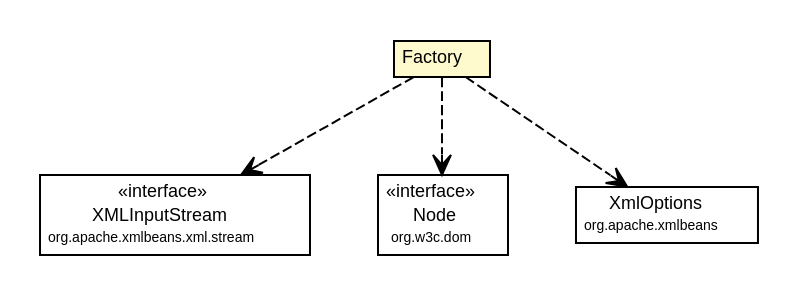
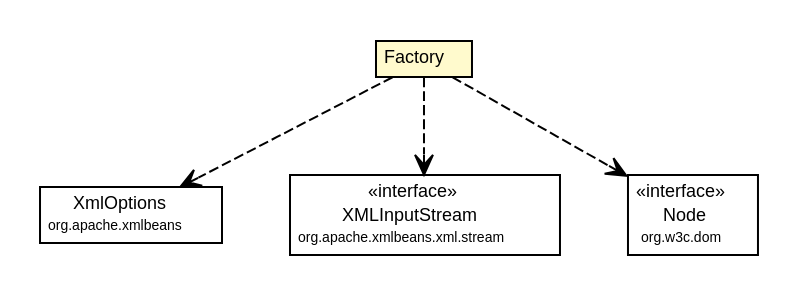
One commit to synchronoss/cpo-api changed the diagram in site/apidocs/org/synchronoss/cpo/cassandra/cpoCassandraMeta/CtCassandraAttribute.Factory.dot. Above: the diagram before and after it, drawn with Graphviz. The commit also changed 884 other files, not shown here.

```diff
--- a/site/apidocs/org/synchronoss/cpo/cassandra/cpoCassandraMeta/CtCassandraAttribute.Factory.dot
+++ b/site/apidocs/org/synchronoss/cpo/cassandra/cpoCassandraMeta/CtCassandraAttribute.Factory.dot
@@ -1,45 +1,45 @@
 #!/usr/local/bin/dot
 #
 # Class diagram 
 # Generated by UmlGraph version 4.6 (http://www.spinellis.gr/sw/umlgraph)
 #
 
 digraph G {
 	edge [fontname="Helvetica",fontsize=10,labelfontname="Helvetica",labelfontsize=10];
 	node [fontname="Helvetica",fontsize=10,shape=plaintext];
 	// org.synchronoss.cpo.cassandra.cpoCassandraMeta.CtCassandraAttribute.Factory
 	c49714 [label=<<table border="0" cellborder="1" cellspacing="0" cellpadding="2" port="p" bgcolor="lemonChiffon" href="./CtCassandraAttribute.Factory.html">
 		<tr><td><table border="0" cellspacing="0" cellpadding="1">
 			<tr><td> Factory </td></tr>
 		</table></td></tr>
 		</table>>, fontname="Helvetica", fontcolor="black", fontsize=9.0];
+	// org.synchronoss.cpo.cassandra.cpoCassandraMeta.CtCassandraAttribute.Factory DEPEND org.apache.xmlbeans.XmlOptions
+	c49714:p -> c49735:p [taillabel="", label="", headlabel="", fontname="Helvetica", fontcolor="black", fontsize=10.0, color="black", arrowhead=open, style=dashed];
 	// org.synchronoss.cpo.cassandra.cpoCassandraMeta.CtCassandraAttribute.Factory DEPEND org.apache.xmlbeans.xml.stream.XMLInputStream
-	c49714:p -> c49735:p [taillabel="", label="", headlabel="", fontname="Helvetica", fontcolor="black", fontsize=10.0, color="black", arrowhead=open, style=dashed];
+	c49714:p -> c49736:p [taillabel="", label="", headlabel="", fontname="Helvetica", fontcolor="black", fontsize=10.0, color="black", arrowhead=open, style=dashed];
 	// org.synchronoss.cpo.cassandra.cpoCassandraMeta.CtCassandraAttribute.Factory DEPEND org.w3c.dom.Node
-	c49714:p -> c49736:p [taillabel="", label="", headlabel="", fontname="Helvetica", fontcolor="black", fontsize=10.0, color="black", arrowhead=open, style=dashed];
-	// org.synchronoss.cpo.cassandra.cpoCassandraMeta.CtCassandraAttribute.Factory DEPEND org.apache.xmlbeans.XmlOptions
 	c49714:p -> c49737:p [taillabel="", label="", headlabel="", fontname="Helvetica", fontcolor="black", fontsize=10.0, color="black", arrowhead=open, style=dashed];
 	// org.apache.xmlbeans.xml.stream.XMLInputStream
-	c49735 [label=<<table border="0" cellborder="1" cellspacing="0" cellpadding="2" port="p" href="http://java.sun.com/j2se/1.4.2/docs/api/org/apache/xmlbeans/xml/stream/XMLInputStream.html">
+	c49736 [label=<<table border="0" cellborder="1" cellspacing="0" cellpadding="2" port="p" href="http://java.sun.com/j2se/1.4.2/docs/api/org/apache/xmlbeans/xml/stream/XMLInputStream.html">
 		<tr><td><table border="0" cellspacing="0" cellpadding="1">
 			<tr><td> &laquo;interface&raquo; </td></tr>
 			<tr><td> XMLInputStream </td></tr>
 			<tr><td><font point-size="7.0"> org.apache.xmlbeans.xml.stream </font></td></tr>
 		</table></td></tr>
 		</table>>, fontname="Helvetica", fontcolor="black", fontsize=9.0];
 	// org.apache.xmlbeans.XmlOptions
-	c49737 [label=<<table border="0" cellborder="1" cellspacing="0" cellpadding="2" port="p" href="http://java.sun.com/j2se/1.4.2/docs/api/org/apache/xmlbeans/XmlOptions.html">
+	c49735 [label=<<table border="0" cellborder="1" cellspacing="0" cellpadding="2" port="p" href="http://java.sun.com/j2se/1.4.2/docs/api/org/apache/xmlbeans/XmlOptions.html">
 		<tr><td><table border="0" cellspacing="0" cellpadding="1">
 			<tr><td> XmlOptions </td></tr>
 			<tr><td><font point-size="7.0"> org.apache.xmlbeans </font></td></tr>
 		</table></td></tr>
 		</table>>, fontname="Helvetica", fontcolor="black", fontsize=9.0];
 	// org.w3c.dom.Node
-	c49736 [label=<<table border="0" cellborder="1" cellspacing="0" cellpadding="2" port="p" href="http://java.sun.com/j2se/1.4.2/docs/api/org/w3c/dom/Node.html">
+	c49737 [label=<<table border="0" cellborder="1" cellspacing="0" cellpadding="2" port="p" href="http://java.sun.com/j2se/1.4.2/docs/api/org/w3c/dom/Node.html">
 		<tr><td><table border="0" cellspacing="0" cellpadding="1">
 			<tr><td> &laquo;interface&raquo; </td></tr>
 			<tr><td> Node </td></tr>
 			<tr><td><font point-size="7.0"> org.w3c.dom </font></td></tr>
 		</table></td></tr>
 		</table>>, fontname="Helvetica", fontcolor="black", fontsize=9.0];
 }
```
